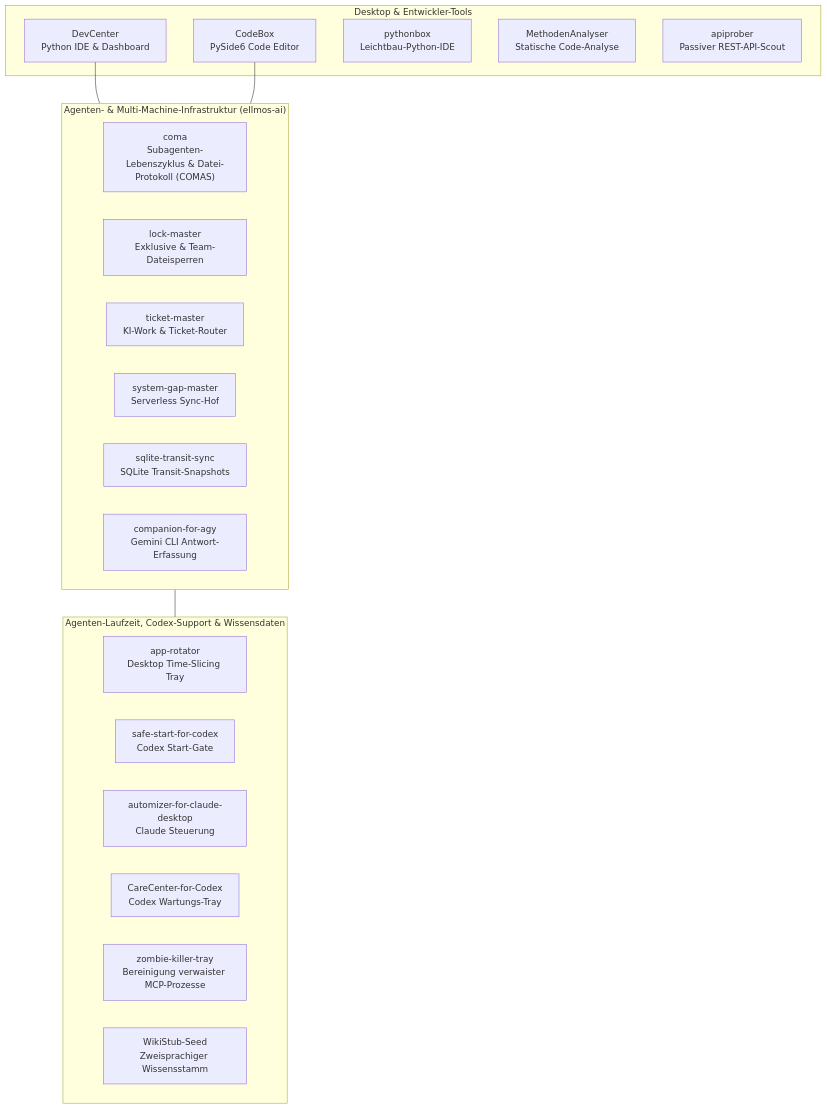
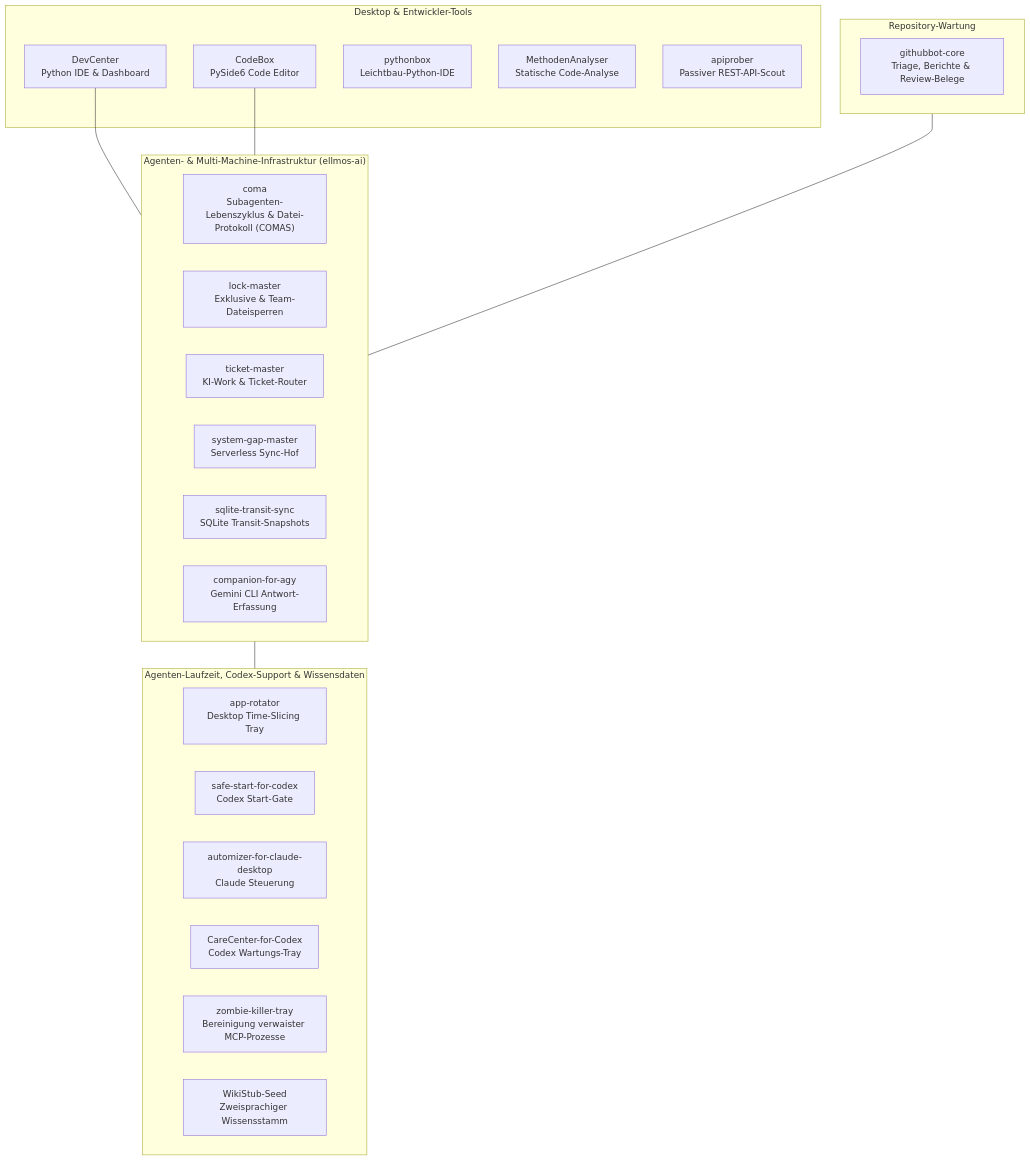
One commit to dev-bricks/.github changed the diagram in profile/README_de.md. Above: the diagram before and after it, drawn with Mermaid. The commit also changed other lines of this file and 5 other files, not shown here.

First line of the commit message:
docs(profile): add githubbot-core to the public index and refresh the activity snapshot

````diff
--- a/profile/README_de.md
+++ b/profile/README_de.md
@@ -128,32 +134,37 @@
 ```mermaid
 flowchart TD
   subgraph IDE["Desktop & Entwickler-Tools"]
     DC["DevCenter<br/>Python IDE & Dashboard"]
     CB["CodeBox<br/>PySide6 Code Editor"]
     PB["pythonbox<br/>Leichtbau-Python-IDE"]
     MA["MethodenAnalyser<br/>Statische Code-Analyse"]
     AP["apiprober<br/>Passiver REST-API-Scout"]
+  end
+
+  subgraph REPO["Repository-Wartung"]
+    GBC["githubbot-core<br/>Triage, Berichte & Review-Belege"]
   end
 
   subgraph INFRA["Agenten- & Multi-Machine-Infrastruktur (ellmos-ai)"]
     COM["coma<br/>Subagenten-Lebenszyklus & Datei-Protokoll (COMAS)"]
     LM["lock-master<br/>Exklusive & Team-Dateisperren"]
     TM["ticket-master<br/>KI-Work & Ticket-Router"]
     SGM["system-gap-master<br/>Serverless Sync-Hof"]
     STS["sqlite-transit-sync<br/>SQLite Transit-Snapshots"]
     AGY["companion-for-agy<br/>Gemini CLI Antwort-Erfassung"]
   end
 
   subgraph AGENT["Agenten-Laufzeit, Codex-Support & Wissensdaten"]
     AR["app-rotator<br/>Desktop Time-Slicing Tray"]
     SSC["safe-start-for-codex<br/>Codex Start-Gate"]
     ACD["automizer-for-claude-desktop<br/>Claude Steuerung"]
     CCC["CareCenter-for-Codex<br/>Codex Wartungs-Tray"]
     ZKT["zombie-killer-tray<br/>Bereinigung verwaister MCP-Prozesse"]
     WSS["WikiStub-Seed<br/>Zweisprachiger Wissensstamm"]
   end
 
   DC --- INFRA
   CB --- INFRA
+  REPO --- INFRA
   INFRA --- AGENT
 ```
````
